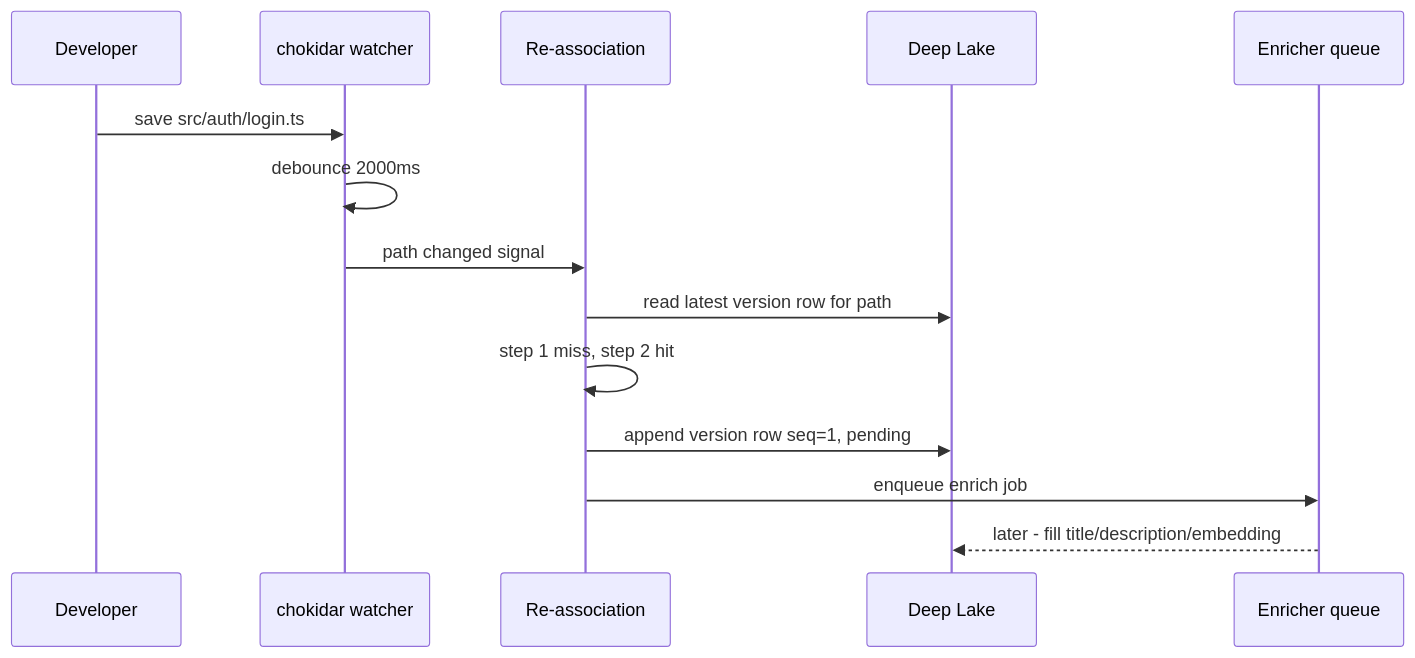
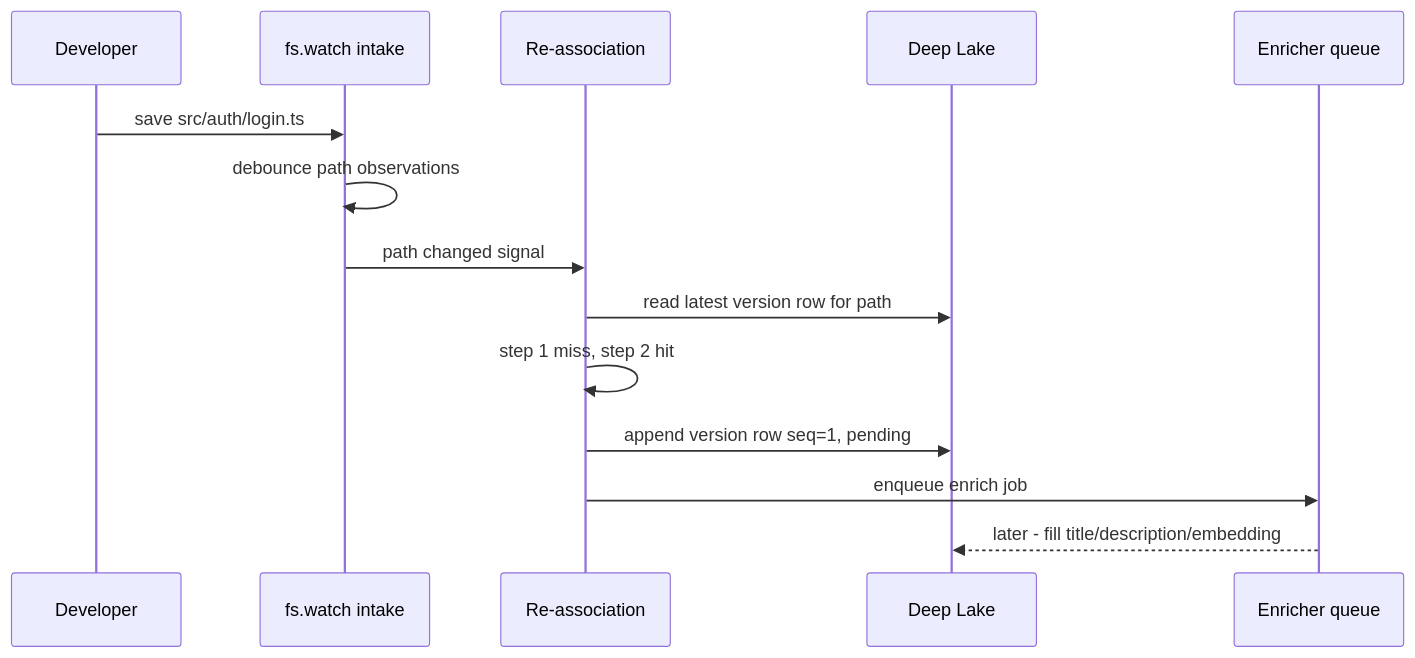
The second of 5 diagrams in library/knowledge/private/ai/identity-deep-dive/reassociation-ecosystem-story-arc.md (legioncodeinc/nectar), drawn with Mermaid before and after one commit. The commit also changed other lines of this file and 125 other files, not shown here.

````diff
--- a/library/knowledge/private/ai/identity-deep-dive/reassociation-ecosystem-story-arc.md
+++ b/library/knowledge/private/ai/identity-deep-dive/reassociation-ecosystem-story-arc.md
@@ -61,17 +61,17 @@
 ```mermaid
 sequenceDiagram
     participant Dev as Developer
-    participant Watch as chokidar watcher
+    participant Watch as fs.watch intake
     participant Ladder as Re-association
     participant DL as Deep Lake
     participant Queue as Enricher queue
 
     Dev->>Watch: save src/auth/login.ts
-    Watch->>Watch: debounce 2000ms
+    Watch->>Watch: debounce path observations
     Watch->>Ladder: path changed signal
     Ladder->>DL: read latest version row for path
     Ladder->>Ladder: step 1 miss, step 2 hit
     Ladder->>DL: append version row seq=1, pending
     Ladder->>Queue: enqueue enrich job
     Queue-->>DL: later - fill title/description/embedding
 ```
````
